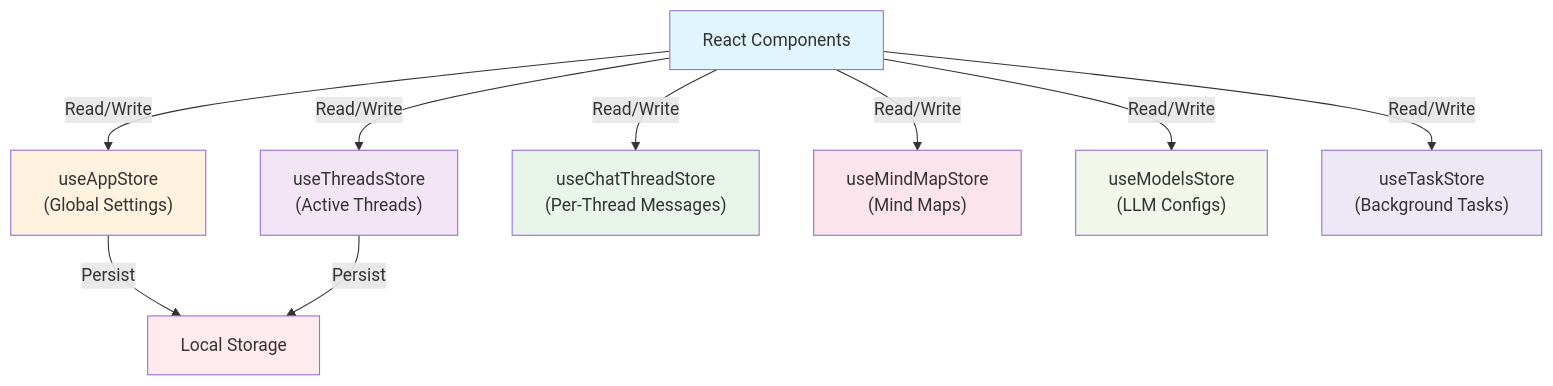
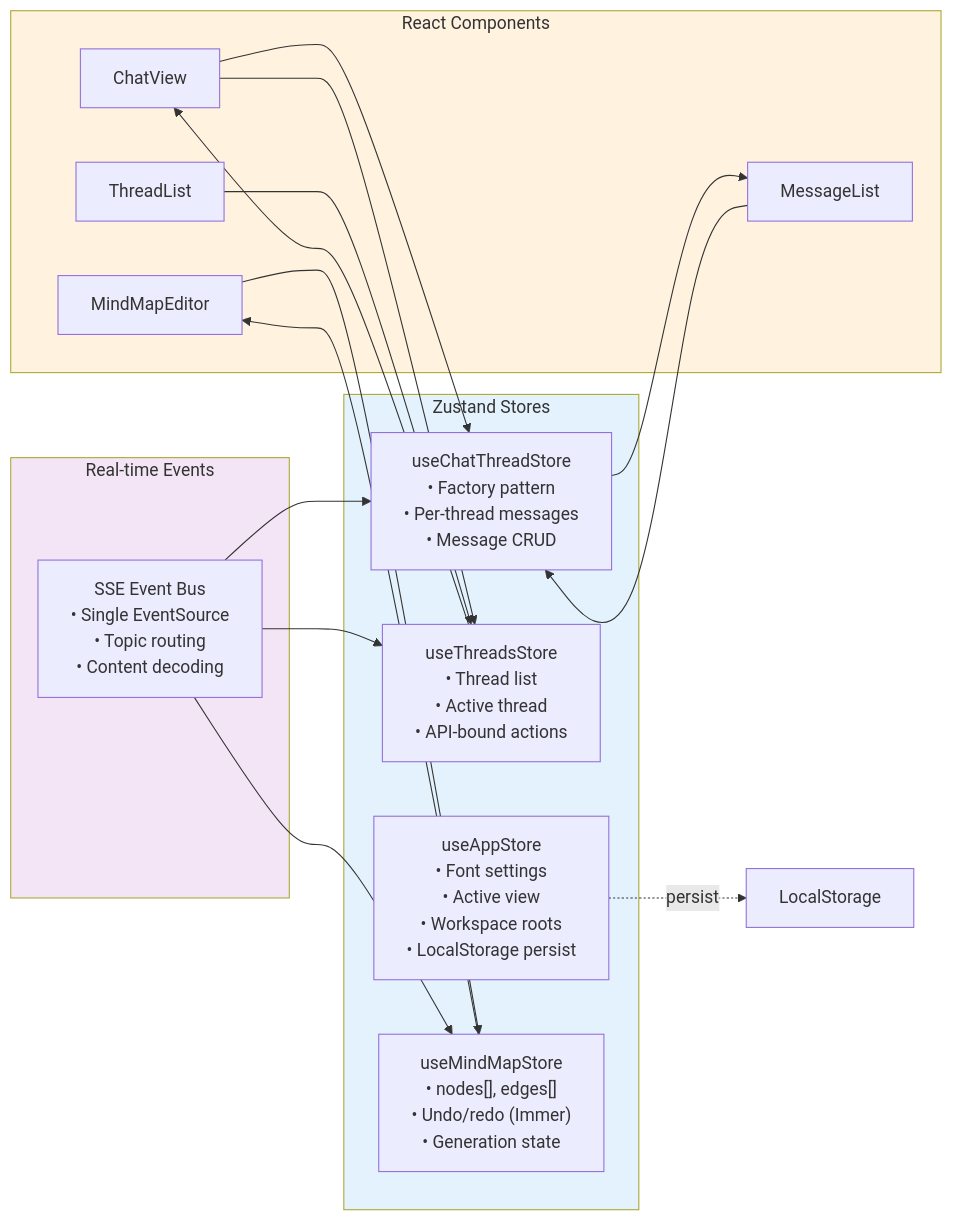
The second of 7 diagrams in spec/FOUNDATION.md (sengac/mindstrike), drawn with Mermaid before and after one commit. The commit also changed other lines of this file and 7 other files, not shown here.

````diff
--- a/spec/FOUNDATION.md
+++ b/spec/FOUNDATION.md
@@ -215,29 +122,40 @@
 ```mermaid
-graph TB
-  Components["React Components"]
-  AppStore["useAppStore<br/>(Global Settings)"]
-  ThreadsStore["useThreadsStore<br/>(Active Threads)"]
-  ChatStore["useChatThreadStore<br/>(Per-Thread Messages)"]
-  MindMapStore["useMindMapStore<br/>(Mind Maps)"]
-  ModelsStore["useModelsStore<br/>(LLM Configs)"]
-  TaskStore["useTaskStore<br/>(Background Tasks)"]
-  
-  Components -->|Read/Write| AppStore
-  Components -->|Read/Write| ThreadsStore
-  Components -->|Read/Write| ChatStore
-  Components -->|Read/Write| MindMapStore
-  Components -->|Read/Write| ModelsStore
-  Components -->|Read/Write| TaskStore
-  
-  AppStore -->|Persist| LocalStorage["Local Storage"]
-  ThreadsStore -->|Persist| LocalStorage
-  
-  style Components fill:#e1f5ff
-  style AppStore fill:#fff3e0
-  style ThreadsStore fill:#f3e5f5
-  style ChatStore fill:#e8f5e9
-  style MindMapStore fill:#fce4ec
-  style ModelsStore fill:#f1f8e9
-  style TaskStore fill:#ede7f6
-  style LocalStorage fill:#ffebee
+graph LR
+    subgraph UI["React Components"]
+        ChatView["ChatView"]
+        MindMapEditor["MindMapEditor"]
+        ThreadList["ThreadList"]
+        MessageList["MessageList"]
+    end
+    
+    subgraph Stores["Zustand Stores"]
+        AppStore["useAppStore<br/>• Font settings<br/>• Active view<br/>• Workspace roots<br/>• LocalStorage persist"]
+        ThreadsStore["useThreadsStore<br/>• Thread list<br/>• Active thread<br/>• API-bound actions"]
+        ChatStore["useChatThreadStore<br/>• Factory pattern<br/>• Per-thread messages<br/>• Message CRUD"]
+        MindMapStore["useMindMapStore<br/>• nodes[], edges[]<br/>• Undo/redo (Immer)<br/>• Generation state"]
+    end
+    
+    subgraph EventBus["Real-time Events"]
+        SSE["SSE Event Bus<br/>• Single EventSource<br/>• Topic routing<br/>• Content decoding"]
+    end
+    
+    ChatView --> ThreadsStore
+    ChatView --> ChatStore
+    ThreadList --> ThreadsStore
+    MessageList --> ChatStore
+    MindMapEditor --> MindMapStore
+    
+    ThreadsStore --> ChatView
+    ChatStore --> MessageList
+    MindMapStore --> MindMapEditor
+    
+    SSE --> MindMapStore
+    SSE --> ChatStore
+    SSE --> ThreadsStore
+    
+    AppStore -.->|persist| LocalStorage["LocalStorage"]
+    
+    style Stores fill:#e3f2fd
+    style UI fill:#fff3e0
+    style EventBus fill:#f3e5f5
 ```
````
